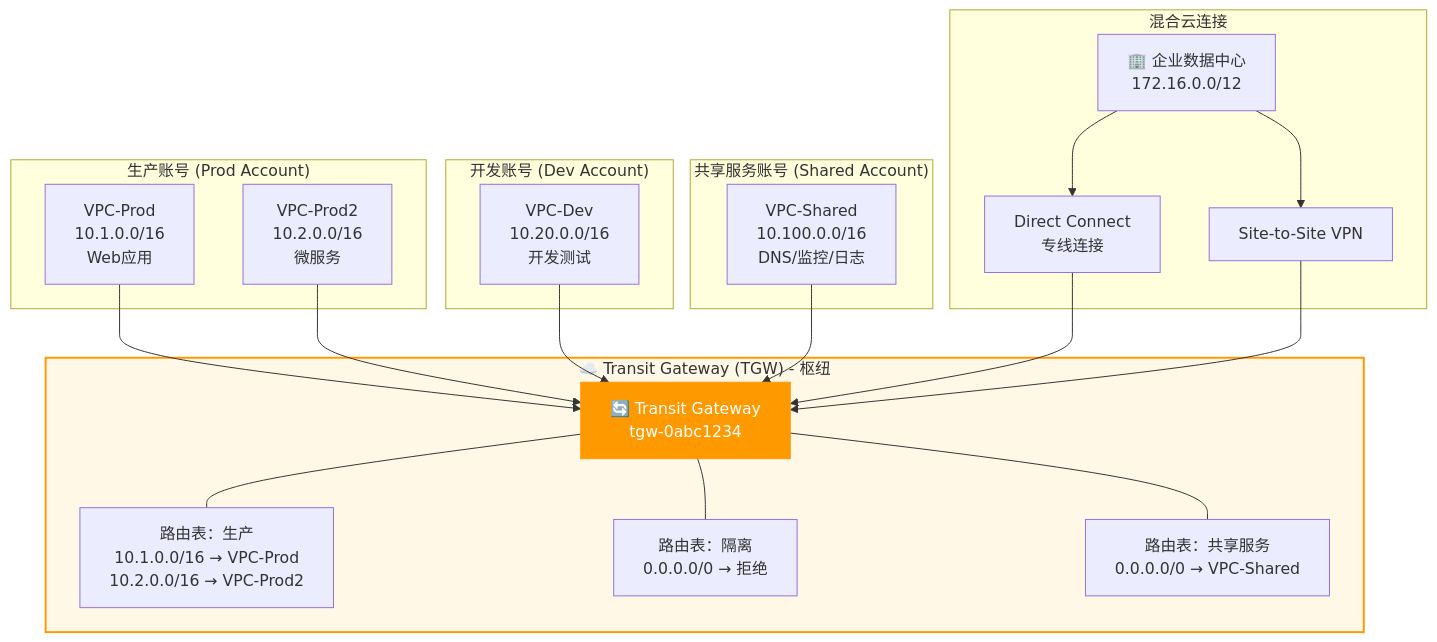
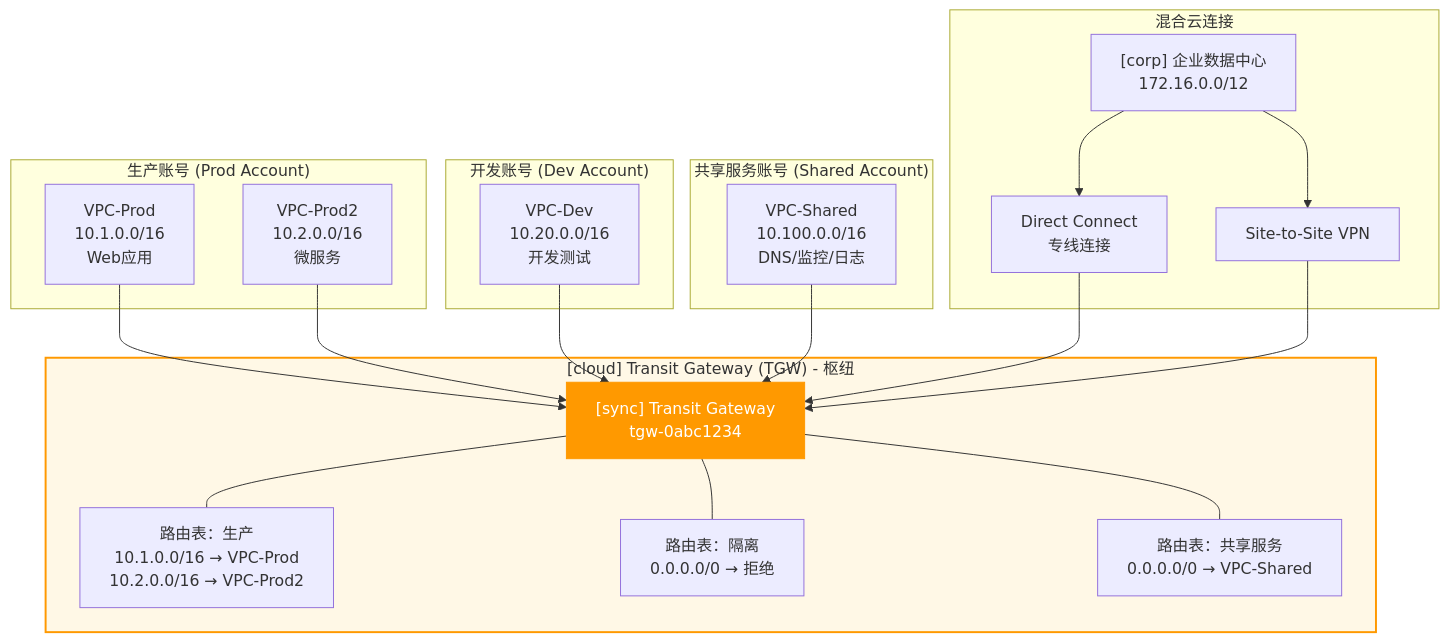
One commit to SKT-Shurima/NetworkMastery changed the third of 6 diagrams in docs/guide/cloud/aws-networking.md. Above: the diagram before and after it, drawn with Mermaid. The commit also changed other lines of this file and 54 other files, not shown here.

````diff
--- a/docs/guide/cloud/aws-networking.md
+++ b/docs/guide/cloud/aws-networking.md
@@ -214,44 +214,44 @@
 ```mermaid
 graph TB
-    subgraph TGW_Hub["☁️ Transit Gateway (TGW) - 枢纽"]
-        TGW["🔄 Transit Gateway<br/>tgw-0abc1234"]
+    subgraph TGW_Hub["[cloud] Transit Gateway (TGW) - 枢纽"]
+        TGW["[sync] Transit Gateway<br/>tgw-0abc1234"]
         RT_Prod["路由表：生产<br/>10.1.0.0/16 → VPC-Prod<br/>10.2.0.0/16 → VPC-Prod2"]
         RT_Dev["路由表：隔离<br/>0.0.0.0/0 → 拒绝"]
         RT_Shared["路由表：共享服务<br/>0.0.0.0/0 → VPC-Shared"]
     end
 
     subgraph "生产账号 (Prod Account)"
         VPC_Prod["VPC-Prod<br/>10.1.0.0/16<br/>Web应用"]
         VPC_Prod2["VPC-Prod2<br/>10.2.0.0/16<br/>微服务"]
     end
 
     subgraph "开发账号 (Dev Account)"
         VPC_Dev["VPC-Dev<br/>10.20.0.0/16<br/>开发测试"]
     end
 
     subgraph "共享服务账号 (Shared Account)"
         VPC_Shared["VPC-Shared<br/>10.100.0.0/16<br/>DNS/监控/日志"]
     end
 
     subgraph "混合云连接"
         DX["Direct Connect<br/>专线连接"]
         VPN["Site-to-Site VPN"]
-        OnPrem["🏢 企业数据中心<br/>172.16.0.0/12"]
+        OnPrem["[corp] 企业数据中心<br/>172.16.0.0/12"]
     end
 
     VPC_Prod --> TGW
     VPC_Prod2 --> TGW
     VPC_Dev --> TGW
     VPC_Shared --> TGW
     DX --> TGW
     VPN --> TGW
     OnPrem --> DX
     OnPrem --> VPN
 
     TGW --- RT_Prod
     TGW --- RT_Dev
     TGW --- RT_Shared
 
     style TGW fill:#FF9900,color:#fff,stroke:#FF9900
     style TGW_Hub fill:#fff8e6,stroke:#FF9900,stroke-width:2px
 ```
````
